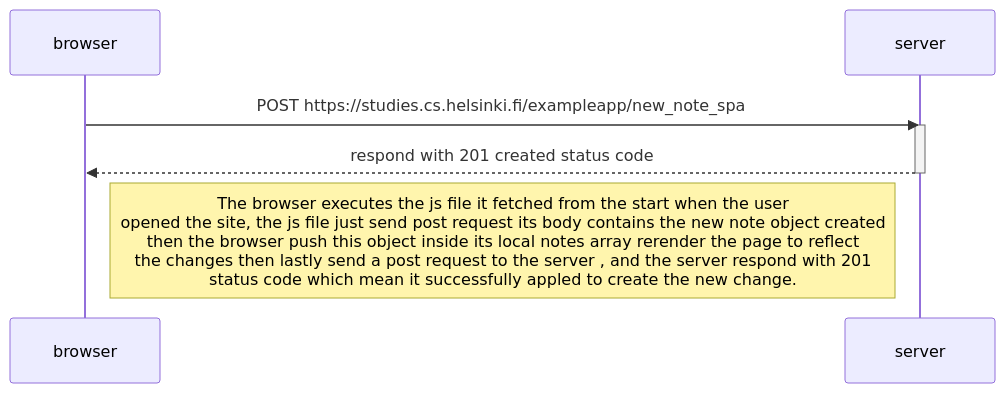
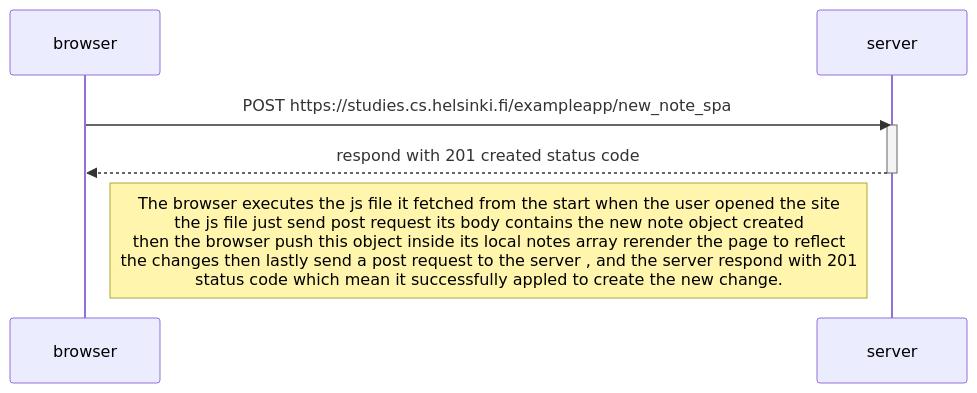
The third of 3 diagrams in part0/README.md (mohamed20163858/reviewReact), drawn with Mermaid before and after one commit. The commit also changed other lines of this file, not shown here.

Commit message:
Add line breaks

````diff
--- a/part0/README.md
+++ b/part0/README.md
@@ -80,13 +80,13 @@
 ```mermaid
 sequenceDiagram
 participant browser
 participant server
 
     browser->>server: POST https://studies.cs.helsinki.fi/exampleapp/new_note_spa
     activate server
     server-->>browser: respond with 201 created status code
     deactivate server
 
-    Note right of browser: The browser executes the js file it fetched from the start when the user <br/> opened the site, the js file just send post request its body contains the new note object created <br/> then the browser push this object inside its local notes array rerender the page to reflect <br/> the changes then lastly send a post request to the server , and the server respond with 201 <br/> status code which mean it successfully appled to create the new change.
+    Note right of browser: The browser executes the js file it fetched from the start when the user  opened the site <br/> the js file just send post request its body contains the new note object created <br/> then the browser push this object inside its local notes array rerender the page to reflect <br/> the changes then lastly send a post request to the server , and the server respond with 201 <br/> status code which mean it successfully appled to create the new change.
 
 ```
````
